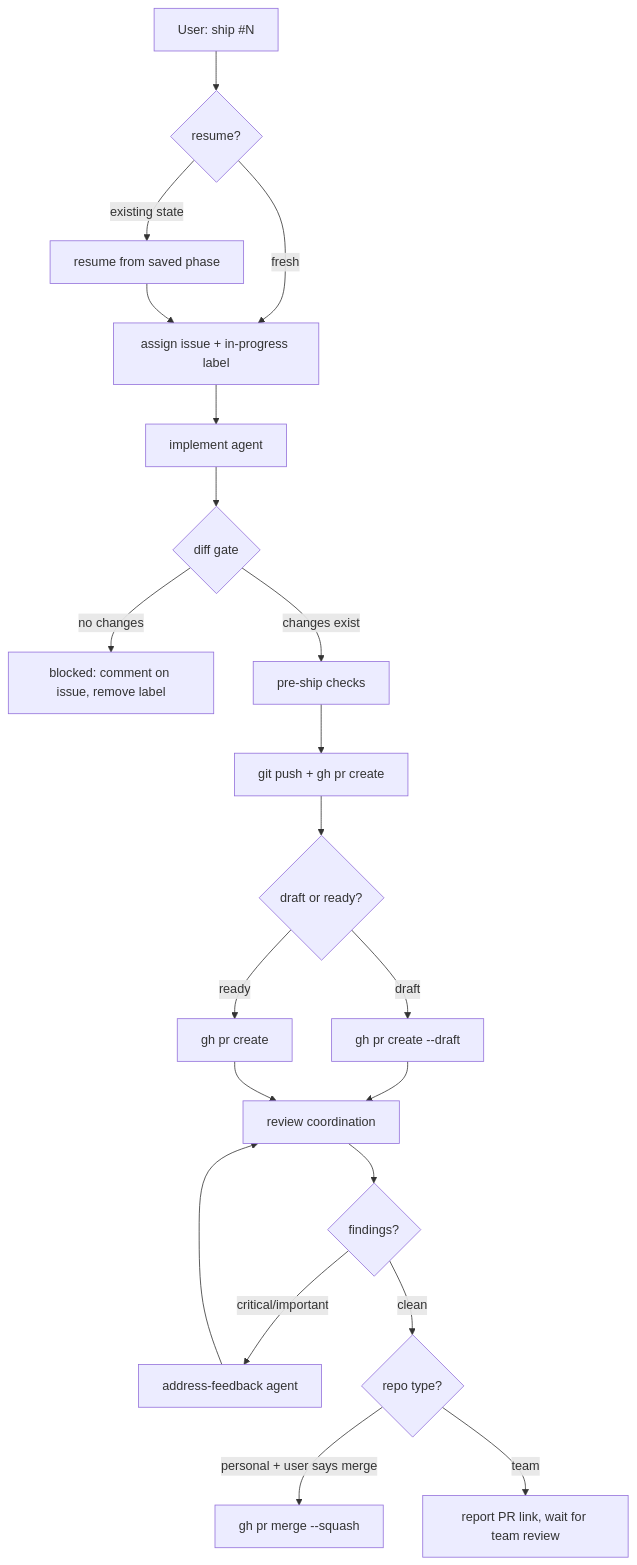
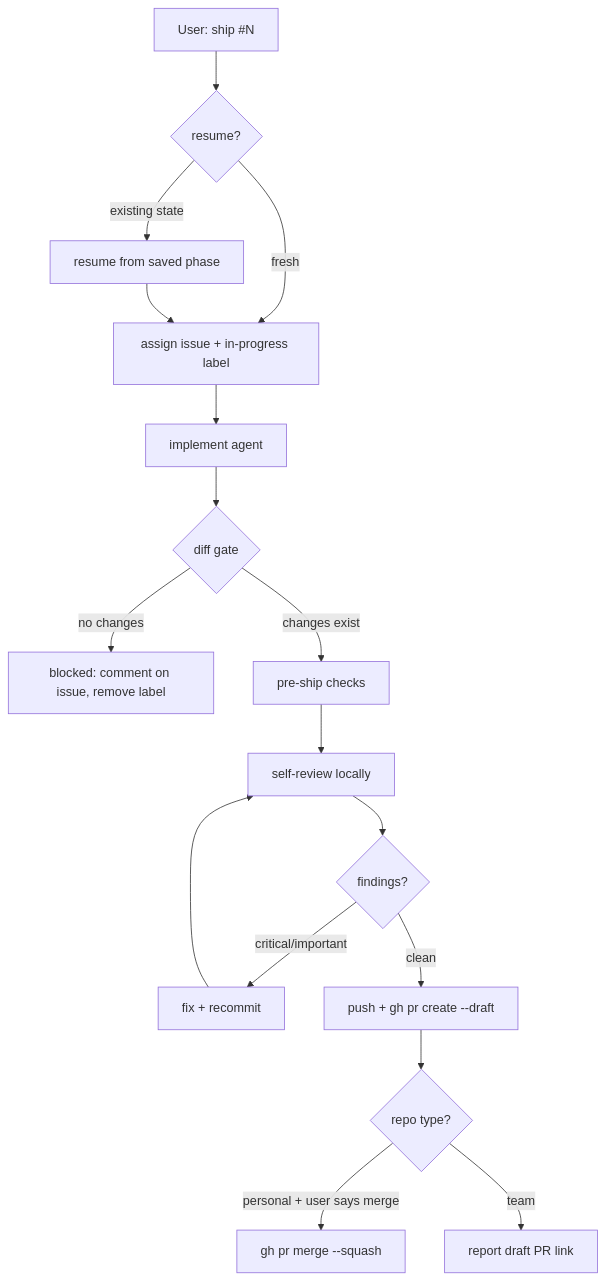
Before and after one commit to jasonmadigan/clawdio: the third of 4 diagrams in README.md, drawn with Mermaid. The commit also changed 2 other files, not shown here.

Commit message:
move self-review before PR creation, explicit branch naming convention

````diff
--- a/README.md
+++ b/README.md
@@ -116,23 +116,19 @@
 ```mermaid
 graph TD
     A[User: ship #N] --> AA{resume?}
     AA -->|existing state| AB[resume from saved phase]
     AA -->|fresh| B[assign issue + in-progress label]
     AB --> B
     B --> C[implement agent]
     C --> D{diff gate}
     D -->|no changes| E[blocked: comment on issue, remove label]
     D -->|changes exist| F[pre-ship checks]
-    F --> G[git push + gh pr create]
-    G --> H{draft or ready?}
-    H -->|draft| I[gh pr create --draft]
-    H -->|ready| J[gh pr create]
-    I --> K[review coordination]
-    J --> K
-    K --> L{findings?}
-    L -->|critical/important| M[address-feedback agent]
-    M --> K
-    L -->|clean| N{repo type?}
-    N -->|personal + user says merge| O[gh pr merge --squash]
-    N -->|team| P[report PR link, wait for team review]
+    F --> G[self-review locally]
+    G --> H{findings?}
+    H -->|critical/important| I[fix + recommit]
+    I --> G
+    H -->|clean| J[push + gh pr create --draft]
+    J --> K{repo type?}
+    K -->|personal + user says merge| L[gh pr merge --squash]
+    K -->|team| M[report draft PR link]
 ```
````
